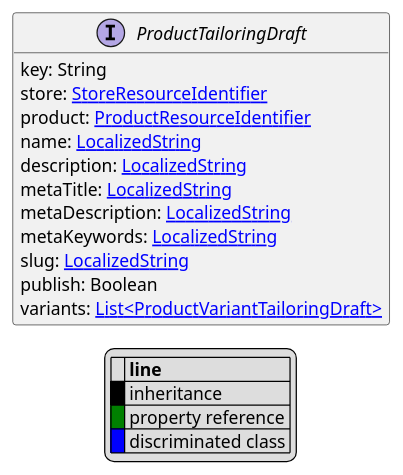
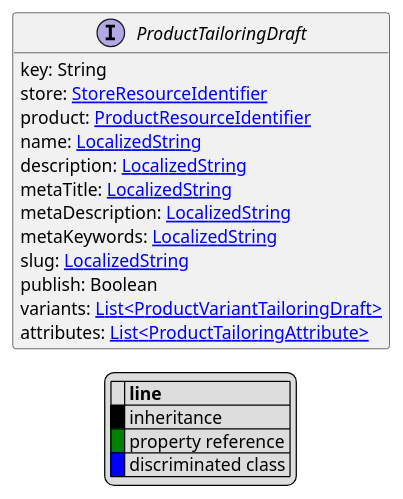
The diagram in uml/api/ProductTailoringDraft.puml (commercetools/commercetools-api-reference), drawn with PlantUML before and after one commit. The commit also changed 98 other files, not shown here.

```diff
--- a/uml/api/ProductTailoringDraft.puml
+++ b/uml/api/ProductTailoringDraft.puml
@@ -1,30 +1,31 @@
 @startuml
 
 hide empty fields
 hide empty methods
 legend
 |= |= line |
 |<back:black>   </back>| inheritance |
 |<back:green>   </back>| property reference |
 |<back:blue>   </back>| discriminated class |
 endlegend
 interface ProductTailoringDraft [[ProductTailoringDraft.svg]]  {
     key: String
     store: [[StoreResourceIdentifier.svg StoreResourceIdentifier]]
     product: [[ProductResourceIdentifier.svg ProductResourceIdentifier]]
     name: [[LocalizedString.svg LocalizedString]]
     description: [[LocalizedString.svg LocalizedString]]
     metaTitle: [[LocalizedString.svg LocalizedString]]
     metaDescription: [[LocalizedString.svg LocalizedString]]
     metaKeywords: [[LocalizedString.svg LocalizedString]]
     slug: [[LocalizedString.svg LocalizedString]]
     publish: Boolean
     variants: [[ProductVariantTailoringDraft.svg List<ProductVariantTailoringDraft>]]
+    attributes: [[ProductTailoringAttribute.svg List<ProductTailoringAttribute>]]
 }
 
 
 
 
 
 
 @enduml
```
